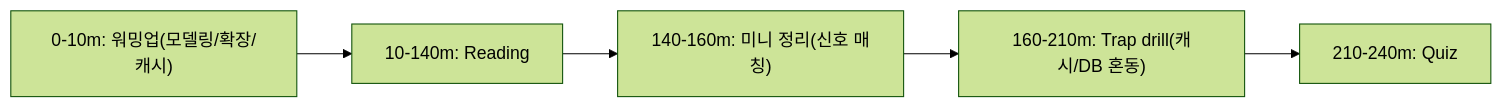
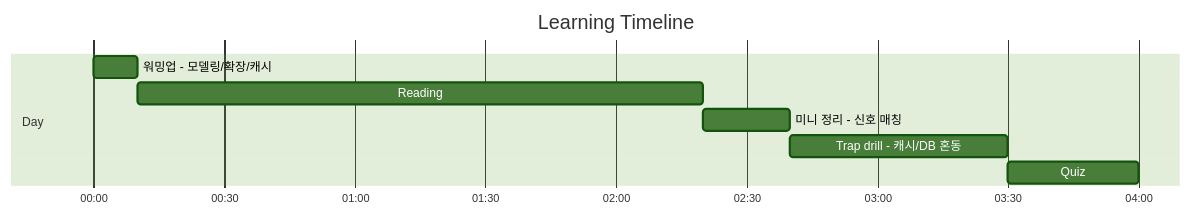
One commit to niceguy61/aws-saa-lecture-2026 changed the first of 2 diagrams in aws-saa/week03/day04/README.md. Above: the diagram before and after it, drawn with Mermaid (forest theme). The commit also changed 21 other files, not shown here.

Commit message:
docs(aws-saa): use mermaid gantt for learning timelines

````diff
--- a/aws-saa/week03/day04/README.md
+++ b/aws-saa/week03/day04/README.md
@@ -26,7 +26,12 @@
 ```mermaid
-flowchart LR
-  A["0-10m: 워밍업(모델링/확장/캐시)"] --> B["10-140m: Reading"]
-  B --> C["140-160m: 미니 정리(신호 매칭)"]
-  C --> D["160-210m: Trap drill(캐시/DB 혼동)"]
-  D --> E["210-240m: Quiz"]
+gantt
+  title Learning Timeline
+  dateFormat  HH:mm
+  axisFormat  %H:%M
+  section Day
+  워밍업 - 모델링/확장/캐시 :t1, 00:00, 10m
+  Reading :t2, after t1, 130m
+  미니 정리 - 신호 매칭 :t3, after t2, 20m
+  Trap drill - 캐시/DB 혼동 :t4, after t3, 50m
+  Quiz :t5, after t4, 30m
 ```
````
